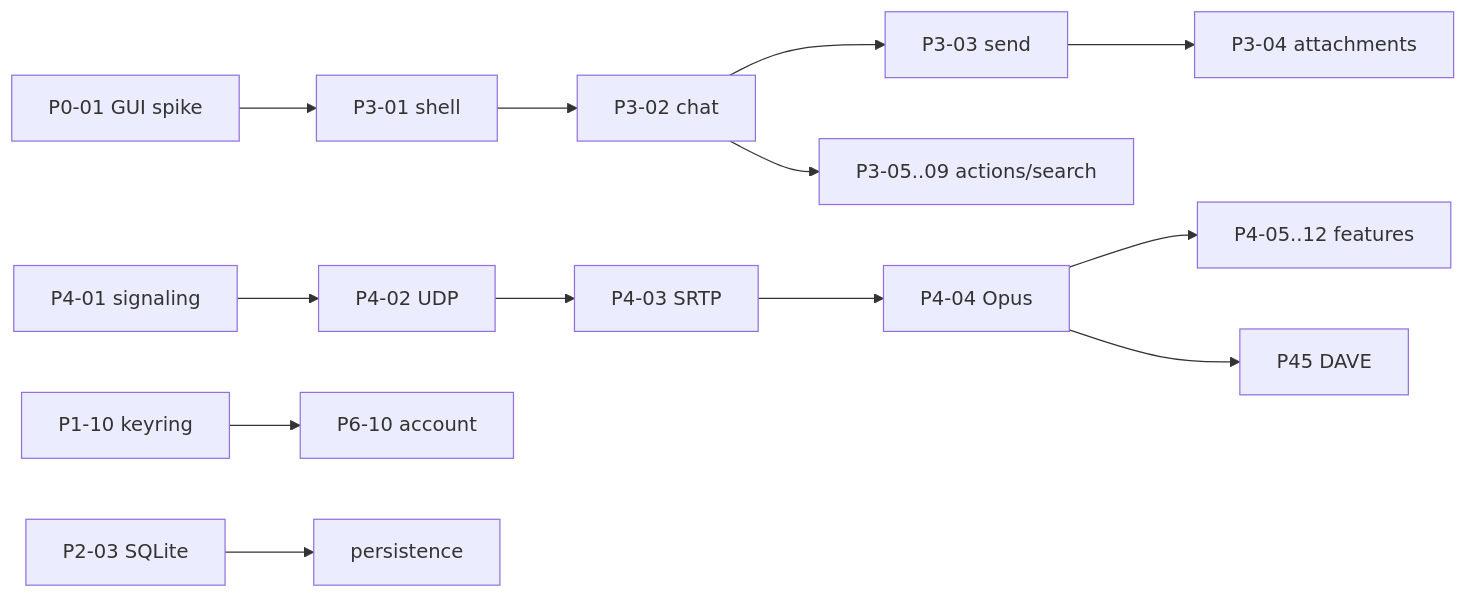
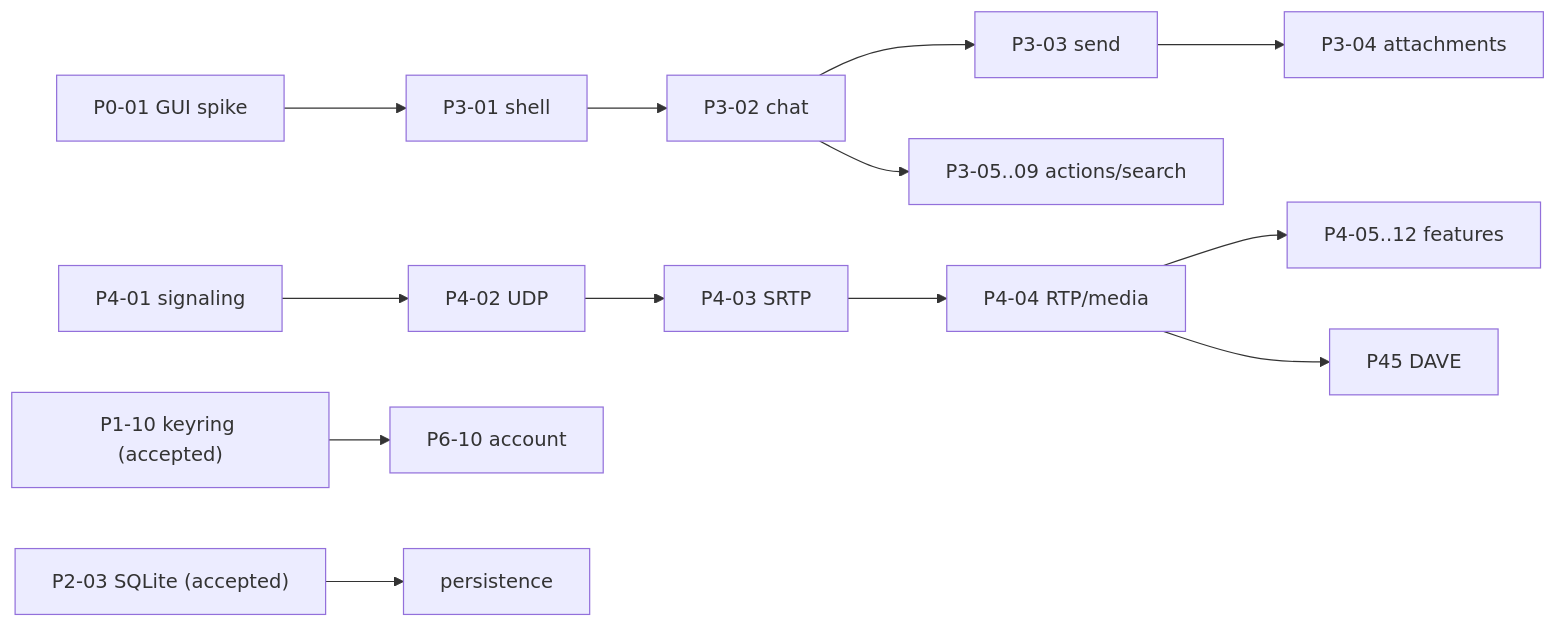
One commit to Userbash/chord changed the diagram in docs/rust-client/WAVE-PLAN.md. Above: the diagram before and after it, drawn with Mermaid. The commit also changed other lines of this file and 1109 other files, not shown here.

````diff
--- a/docs/rust-client/WAVE-PLAN.md
+++ b/docs/rust-client/WAVE-PLAN.md
@@ -113,15 +103,15 @@
 ```mermaid
 flowchart LR
   A["P0-01 GUI spike"] --> B["P3-01 shell"]
   B --> C["P3-02 chat"]
   C --> D["P3-03 send"]
   D --> E["P3-04 attachments"]
   C --> F["P3-05..09 actions/search"]
   G["P4-01 signaling"] --> H["P4-02 UDP"]
   H --> I["P4-03 SRTP"]
-  I --> J["P4-04 Opus"]
+  I --> J["P4-04 RTP/media"]
   J --> K["P4-05..12 features"]
   J --> L["P45 DAVE"]
-  M["P1-10 keyring"] --> N["P6-10 account"]
-  O["P2-03 SQLite"] --> P["persistence"]
+  M["P1-10 keyring (accepted)"] --> N["P6-10 account"]
+  O["P2-03 SQLite (accepted)"] --> P["persistence"]
 ```
````
